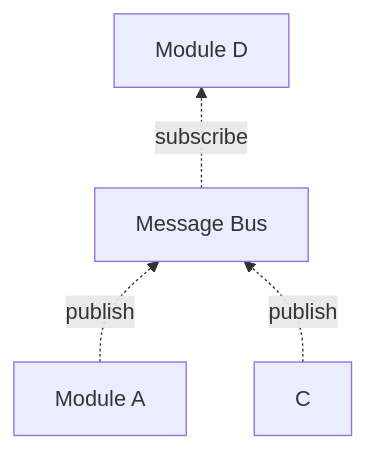
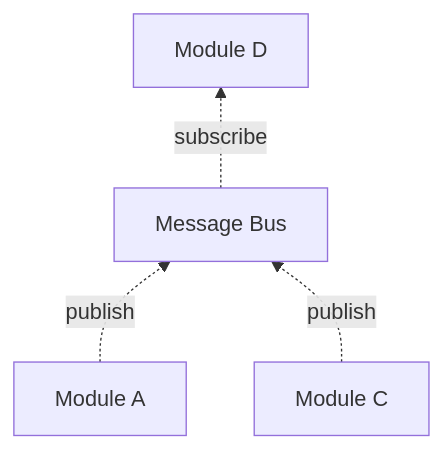
One commit to sodacan-net/sodacan-core changed the second of 2 diagrams in documentation/architecture.md. Above: the diagram before and after it, drawn with Mermaid. The commit also changed other lines of this file, not shown here.

````diff
--- a/documentation/architecture.md
+++ b/documentation/architecture.md
@@ -12,6 +21,6 @@
 ```mermaid
 flowchart BT;
     A[Module A] -. publish .-> B[Message Bus];
-    C -. publish .-> B[Message Bus];
+    C[Module C] -. publish .-> B[Message Bus];
     B[Message Bus] -. subscribe .-> D[Module D];
 ```
````
